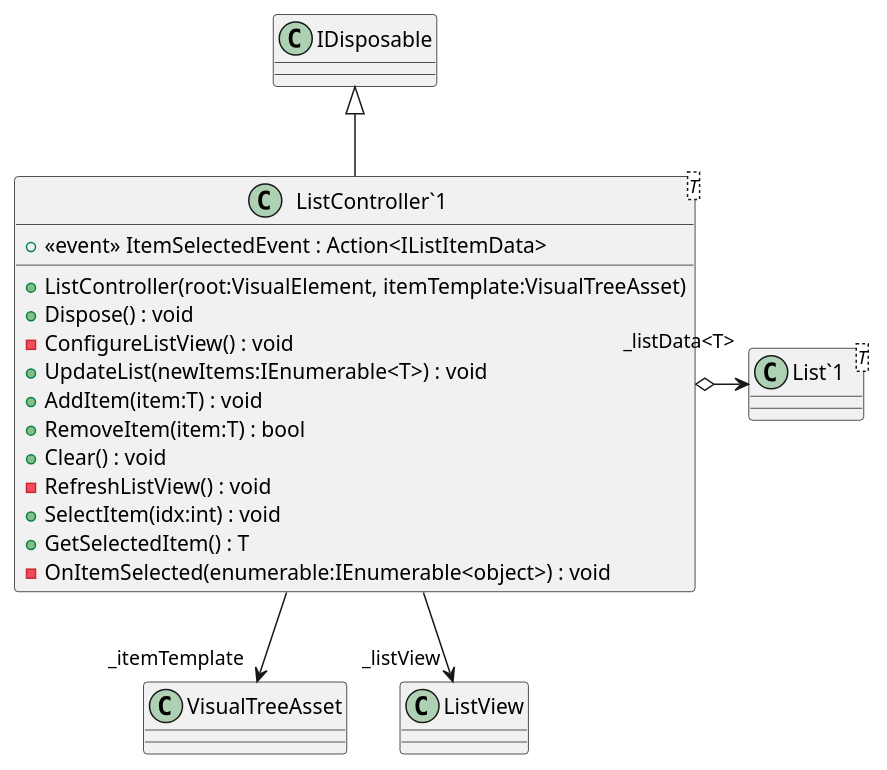
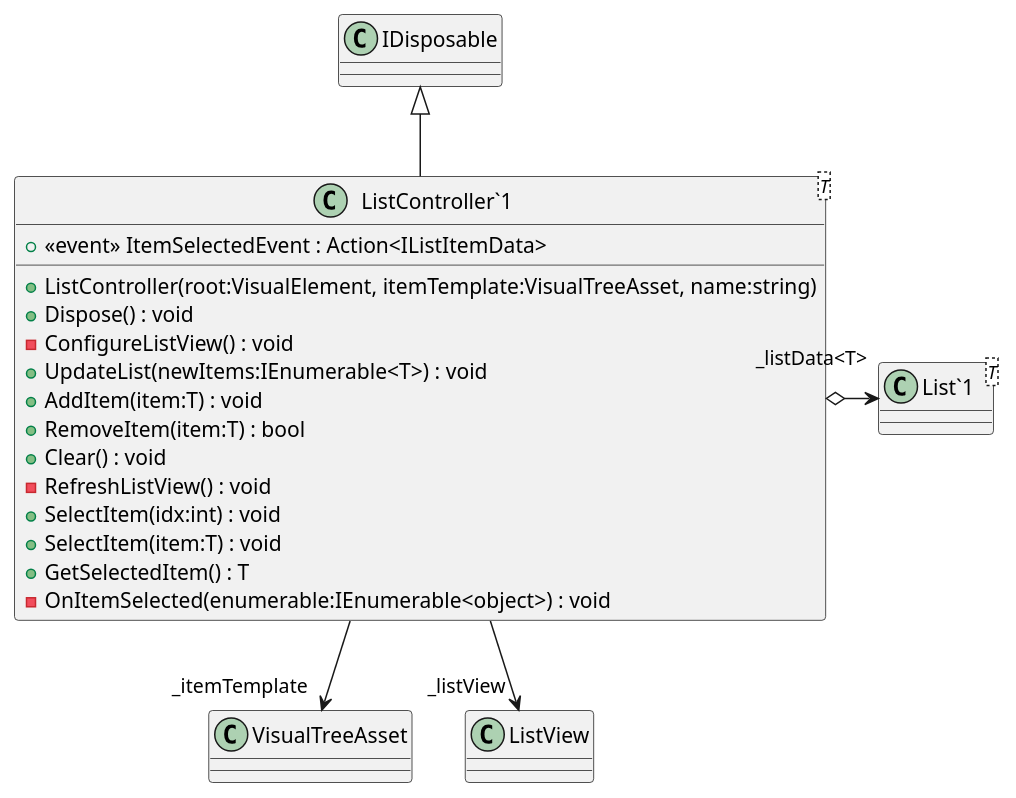
The diagram in Assets/Documentation/UML/Simulation/UI/ListController.puml (Ubus99/AVRO-Simulation), drawn with PlantUML before and after one commit. The commit also changed 57 other files, not shown here.

```diff
--- a/Assets/Documentation/UML/Simulation/UI/ListController.puml
+++ b/Assets/Documentation/UML/Simulation/UI/ListController.puml
@@ -1,22 +1,23 @@
 @startuml
 class "ListController`1"<T> {
-    + ListController(root:VisualElement, itemTemplate:VisualTreeAsset)
+    + ListController(root:VisualElement, itemTemplate:VisualTreeAsset, name:string)
     + Dispose() : void
     +  <<event>> ItemSelectedEvent : Action<IListItemData> 
     - ConfigureListView() : void
     + UpdateList(newItems:IEnumerable<T>) : void
     + AddItem(item:T) : void
     + RemoveItem(item:T) : bool
     + Clear() : void
     - RefreshListView() : void
     + SelectItem(idx:int) : void
+    + SelectItem(item:T) : void
     + GetSelectedItem() : T
     - OnItemSelected(enumerable:IEnumerable<object>) : void
 }
 class "List`1"<T> {
 }
 IDisposable <|-- "ListController`1"
 "ListController`1" --> "_itemTemplate" VisualTreeAsset
 "ListController`1" o-> "_listData<T>" "List`1"
 "ListController`1" --> "_listView" ListView
 @enduml
```
